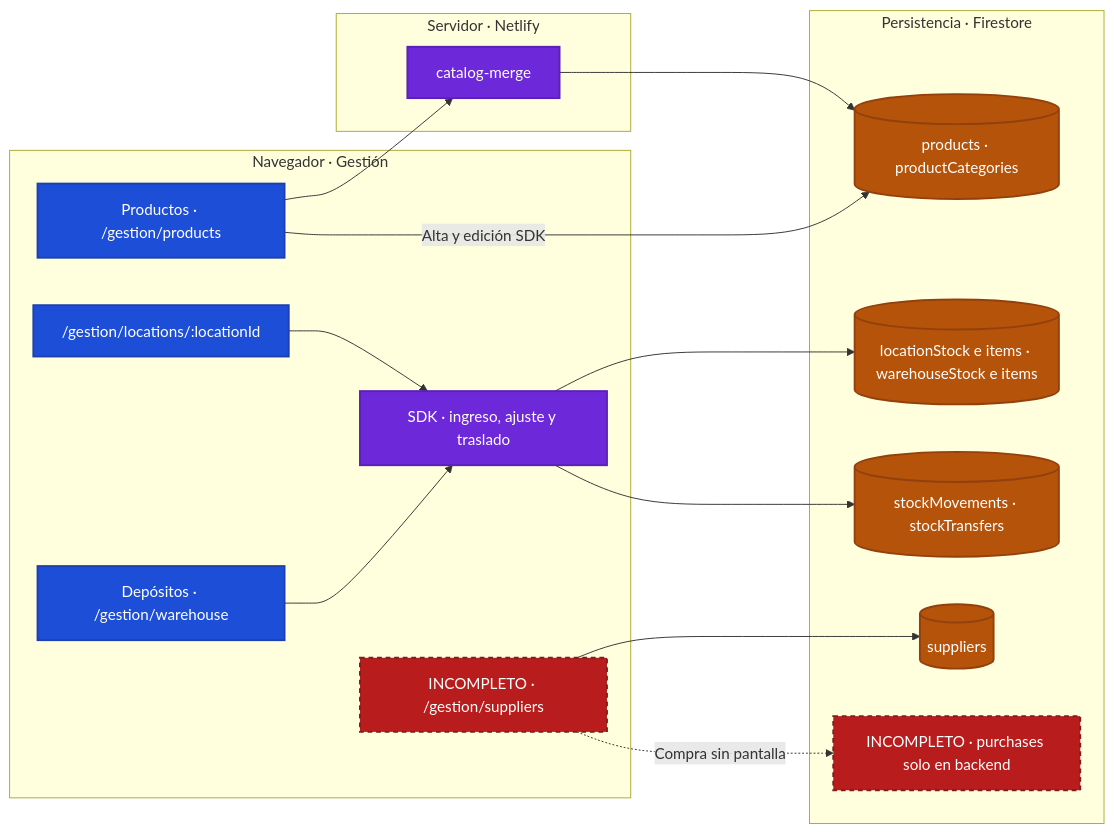
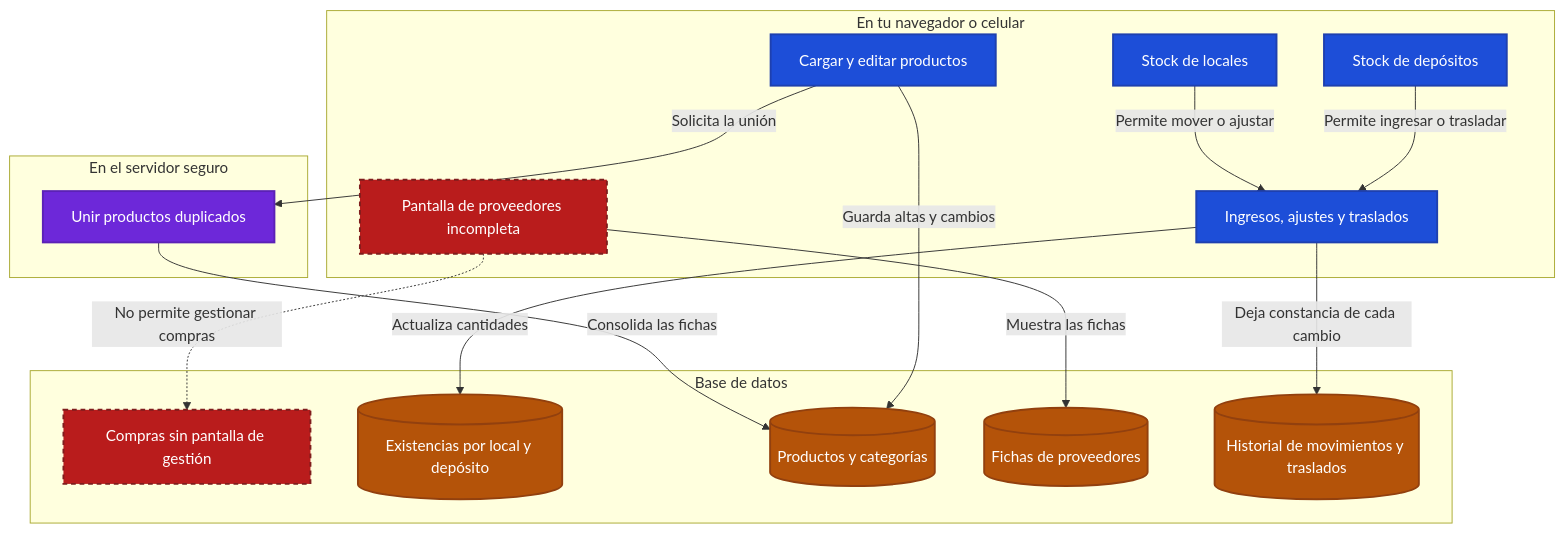
One commit to AgustinBazanUB/App-Integral-FM changed the diagram in docs/diagrams/mmd/01-d1-catalogo-inventario.mmd. Above: the diagram before and after it, drawn with Mermaid. The commit also changed 24 other files, not shown here.

```diff
--- a/docs/diagrams/mmd/01-d1-catalogo-inventario.mmd
+++ b/docs/diagrams/mmd/01-d1-catalogo-inventario.mmd
@@ -1,38 +1,36 @@
-flowchart LR
-    %% Flujo del macro-dominio verificado contra el corte d0f1225.
-    subgraph navegador["Navegador · Gestión"]
-        productos["Productos · /gestion/products"]:::integral
-        ubicacion["/gestion/locations/:locationId"]:::integral
-        depositos["Depósitos · /gestion/warehouse"]:::integral
-        proveedores["INCOMPLETO · /gestion/suppliers"]:::debt
-        operaciones["SDK · ingreso, ajuste y traslado"]:::shared
+flowchart TB
+    %% Administración del catálogo y de las existencias.
+    subgraph navegador["En tu navegador o celular"]
+        depositos["Stock de depósitos"]:::integral
+        proveedores["Pantalla de proveedores incompleta"]:::debt
+        productos["Cargar y editar productos"]:::integral
+        cambios["Ingresos, ajustes y traslados"]:::integral
+        locales["Stock de locales"]:::integral
     end
-
-    subgraph servidor["Servidor · Netlify"]
-        merge["catalog-merge"]:::shared
+    subgraph servidor["En el servidor seguro"]
+        unir["Unir productos duplicados"]:::shared
     end
-
-    subgraph persistencia["Persistencia · Firestore"]
-        maestro[("products · productCategories")]:::db
-        existencias[("locationStock e items · warehouseStock e items")]:::db
-        movimientos[("stockMovements · stockTransfers")]:::db
-        fichas[("suppliers")]:::db
-        compras["INCOMPLETO · purchases solo en backend"]:::debt
+    subgraph datos["Base de datos"]
+        compras["Compras sin pantalla de gestión"]:::debt
+        cantidad[("Existencias por local y depósito")]:::db
+        catalogo[("Productos y categorías")]:::db
+        fichas[("Fichas de proveedores")]:::db
+        historial[("Historial de movimientos y traslados")]:::db
     end
-
-    productos --> merge --> maestro
-    productos -->|Alta y edición SDK| maestro
-    ubicacion --> operaciones
-    depositos --> operaciones
-    operaciones --> existencias
-    operaciones --> movimientos
-    proveedores --> fichas
-    proveedores -.->|Compra sin pantalla| compras
+    productos -->|"Solicita la unión"| unir
+    cambios -->|"Deja constancia de cada cambio"| historial
+    cambios -->|"Actualiza cantidades"| cantidad
+    depositos -->|"Permite ingresar o trasladar"| cambios
+    locales -->|"Permite mover o ajustar"| cambios
+    productos -->|"Guarda altas y cambios"| catalogo
+    unir -->|"Consolida las fichas"| catalogo
+    proveedores -.->|"No permite gestionar compras"| compras
+    proveedores -->|"Muestra las fichas"| fichas
 
     classDef actor fill:#1E293B,stroke:#64748B,color:#FFFFFF,stroke-width:2px
     classDef integral fill:#1D4ED8,stroke:#1E40AF,color:#FFFFFF,stroke-width:2px
     classDef ecommerce fill:#047857,stroke:#065F46,color:#FFFFFF,stroke-width:2px
     classDef shared fill:#6D28D9,stroke:#5B21B6,color:#FFFFFF,stroke-width:2px
     classDef db fill:#B45309,stroke:#92400E,color:#FFFFFF,stroke-width:2px
     classDef external fill:#475569,stroke:#334155,color:#FFFFFF,stroke-width:2px,stroke-dasharray:5 4
     classDef debt fill:#B91C1C,stroke:#7F1D1D,color:#FFFFFF,stroke-width:2px,stroke-dasharray:5 4
```
